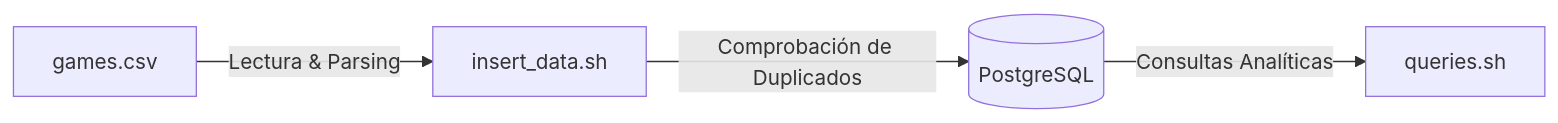
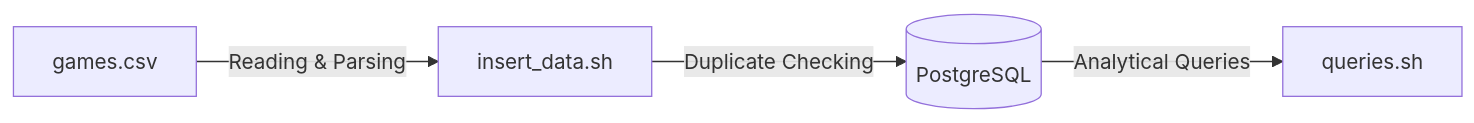
One commit to Akisolu/world-cup-database changed the diagram in readme.md. Above: the diagram before and after it, drawn with Mermaid. The commit also changed other lines of this file and 1 other file, not shown here.

````diff
--- a/readme.md
+++ b/readme.md
@@ -9,6 +10,6 @@
 ```mermaid
 flowchart LR
-    A[games.csv] -->|Lectura & Parsing| B[insert_data.sh]
-    B -->|Comprobación de Duplicados| C[(PostgreSQL)]
-    C -->|Consultas Analíticas| D[queries.sh]
+    A[games.csv] -->|Reading & Parsing| B[insert_data.sh]
+    B -->|Duplicate Checking| C[(PostgreSQL)]
+    C -->|Analytical Queries| D[queries.sh]
 ```
````
